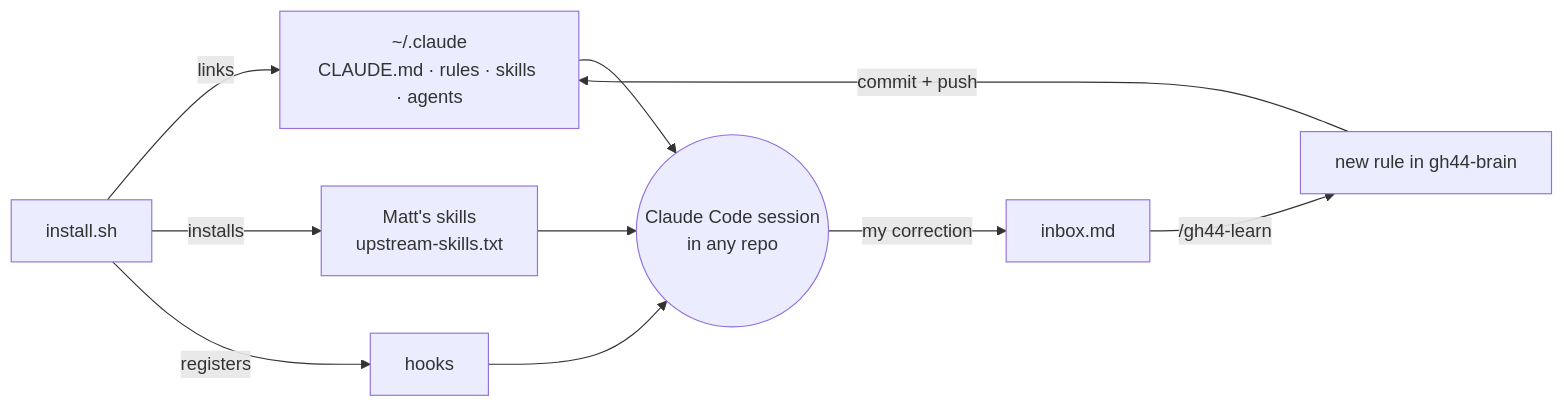
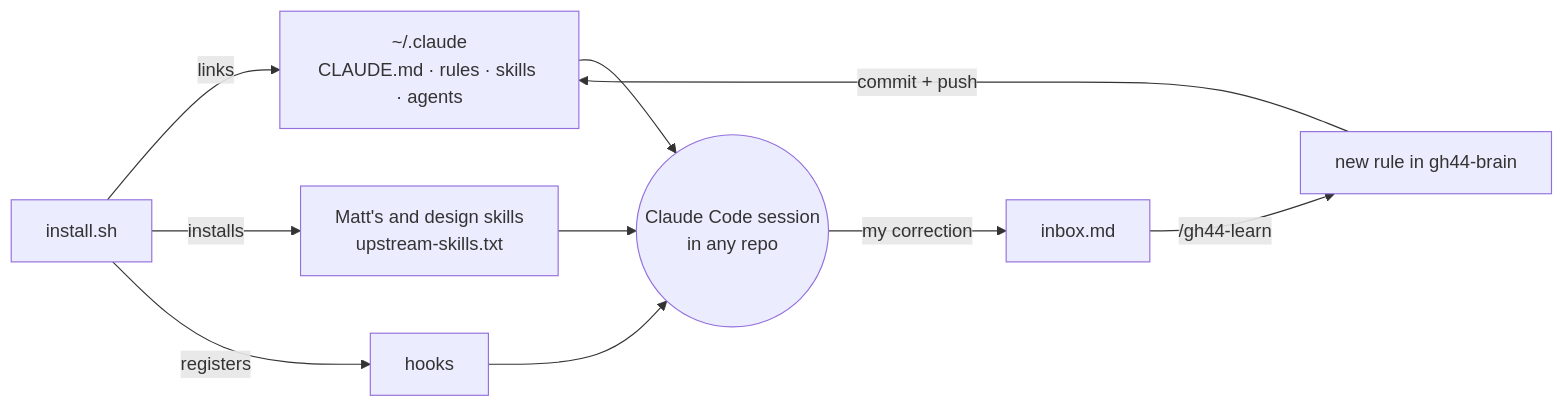
One commit to gentrithalili1/gh44 changed the first of 2 diagrams in README.md. Above: the diagram before and after it, drawn with Mermaid. The commit also changed other lines of this file and 4 other files, not shown here.

Commit message:
install: add manual-only design skills from Emil Kowalski and Anthropic

````diff
--- a/README.md
+++ b/README.md
@@ -18,12 +18,12 @@
 ```mermaid
 flowchart LR
     I[install.sh] -->|links| C["~/.claude<br/>CLAUDE.md · rules · skills · agents"]
-    I -->|installs| U[Matt's skills<br/>upstream-skills.txt]
+    I -->|installs| U[Matt's and design skills<br/>upstream-skills.txt]
     I -->|registers| H[hooks]
     C --> S((Claude Code session<br/>in any repo))
     U --> S
     H --> S
     S -->|my correction| N[inbox.md]
     N -->|/gh44-learn| R[new rule in gh44-brain]
     R -->|commit + push| C
 ```
````
